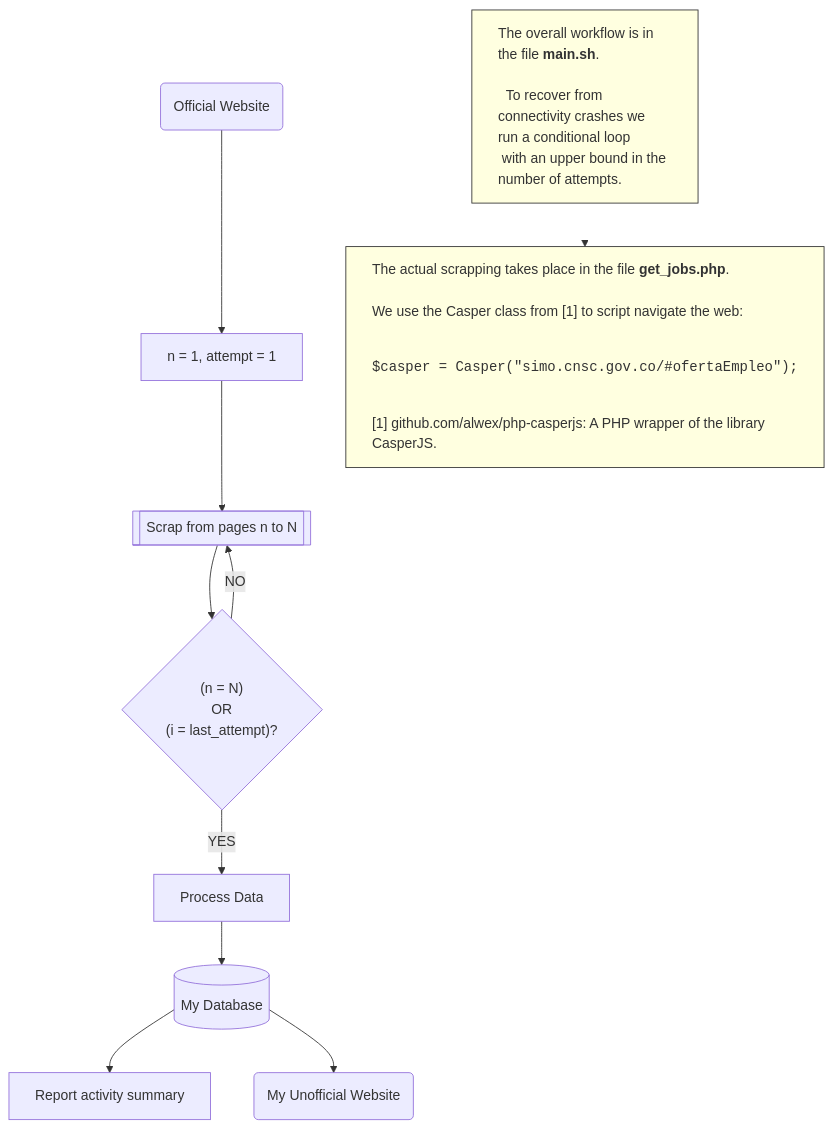
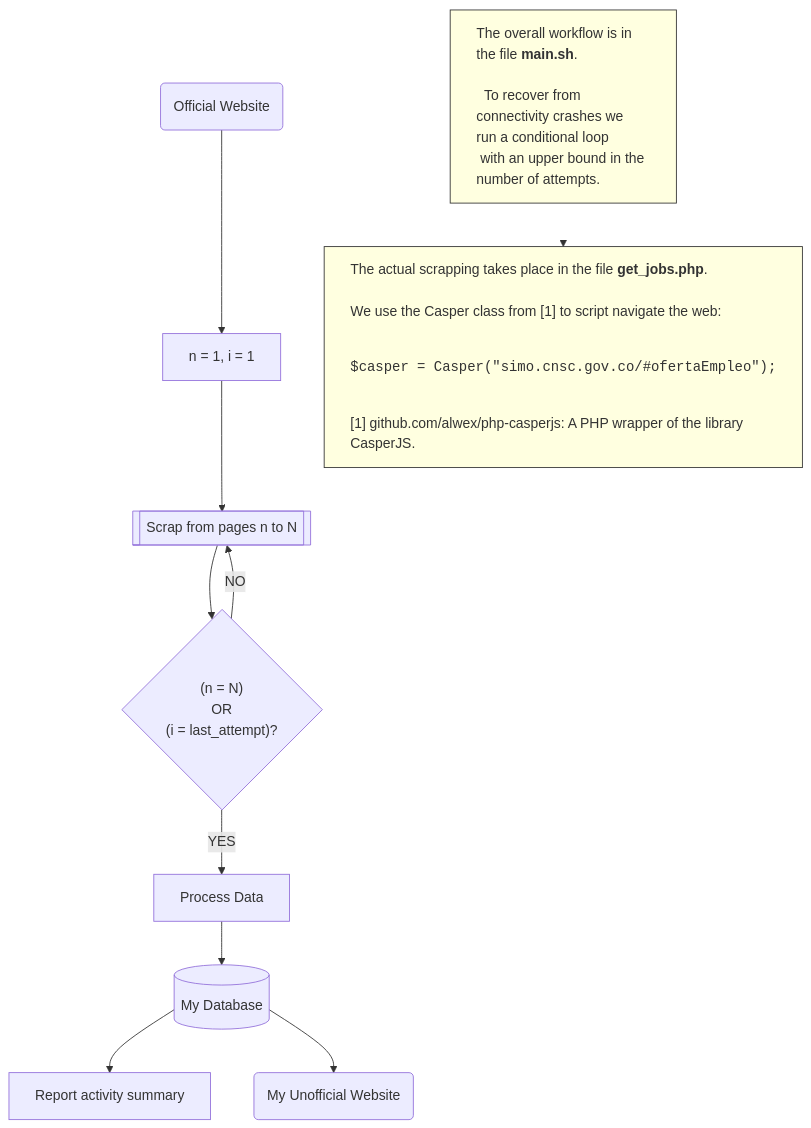
Before and after one commit to judijasa/simox: the diagram in README.md, drawn with Mermaid.

````diff
--- a/README.md
+++ b/README.md
@@ -4,20 +4,20 @@
 ```mermaid
 flowchart TD;
 source("Official Website") -->
-start[n = 1, attempt = 1] -->
+start[n = 1, i = 1] -->
 scrap[[Scrap from pages n to N]] -->
 check{"(n = N) <br/> OR <br/> (i = last_attempt)?"} -- YES --> 
 post[Process Data]
 check -- NO --> scrap
 post --> 
 data[(My Database)] -->
 report[Report activity summary] & myweb(My Unofficial Website) 
 
 note["<div style='text-align:left'>The overall workflow is in the file <b>main.sh</b>.<br/><br/>  To recover from connectivity crashes we run a conditional loop<br/> with an upper bound in the number of attempts.</div>"]-->
 anothernote["<div style='text-align:left'>The actual scrapping takes place in the file <b>get_jobs.php</b>.<br/><br/>We use the Casper class from [1] to script navigate the web:<br/><br/><pre>$casper = Casper(#quot;simo.cnsc.gov.co/#ofertaEmpleo#quot;);</pre><br/>[1] github.com/alwex/php-casperjs: A PHP wrapper of the library CasperJS.</div>"]
 style note fill:#FFFFE0,stroke:#333;
 style anothernote fill:#FFFFE0,stroke:#333;
 linkStyle 8 stroke-width:0px;
 %% White: #FFFFFF
 
 ```
````
